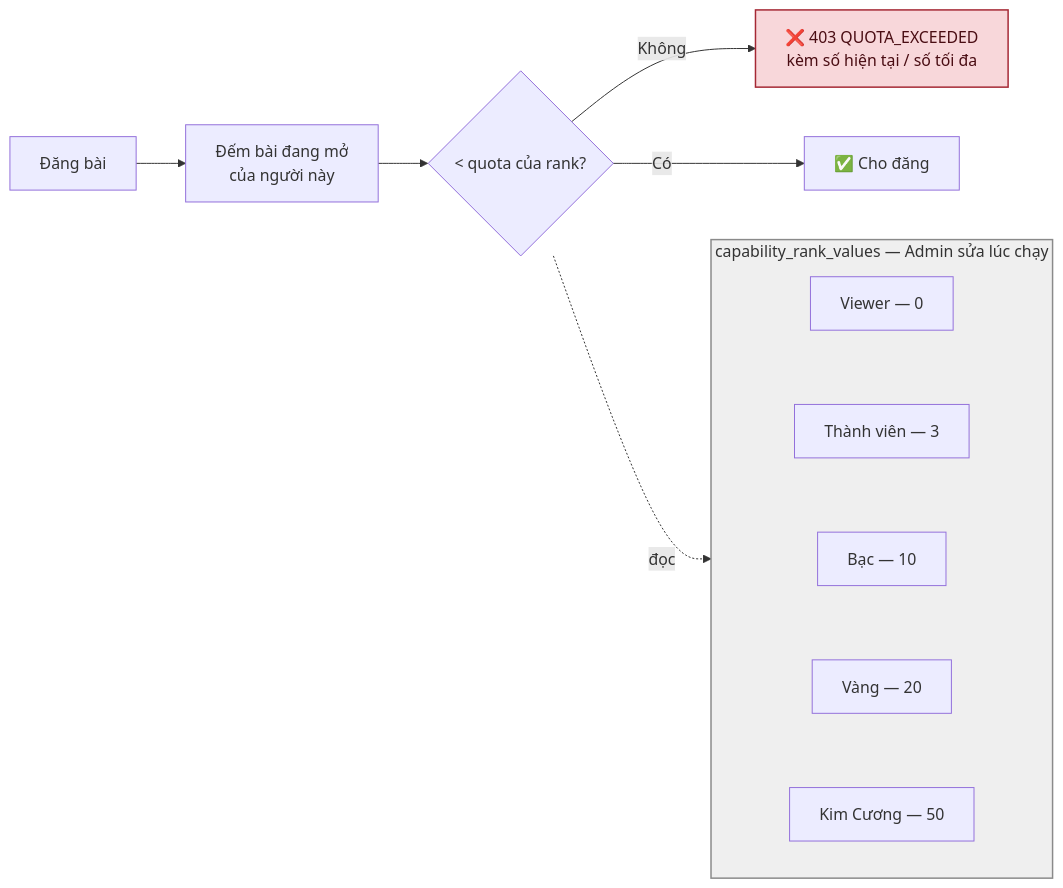
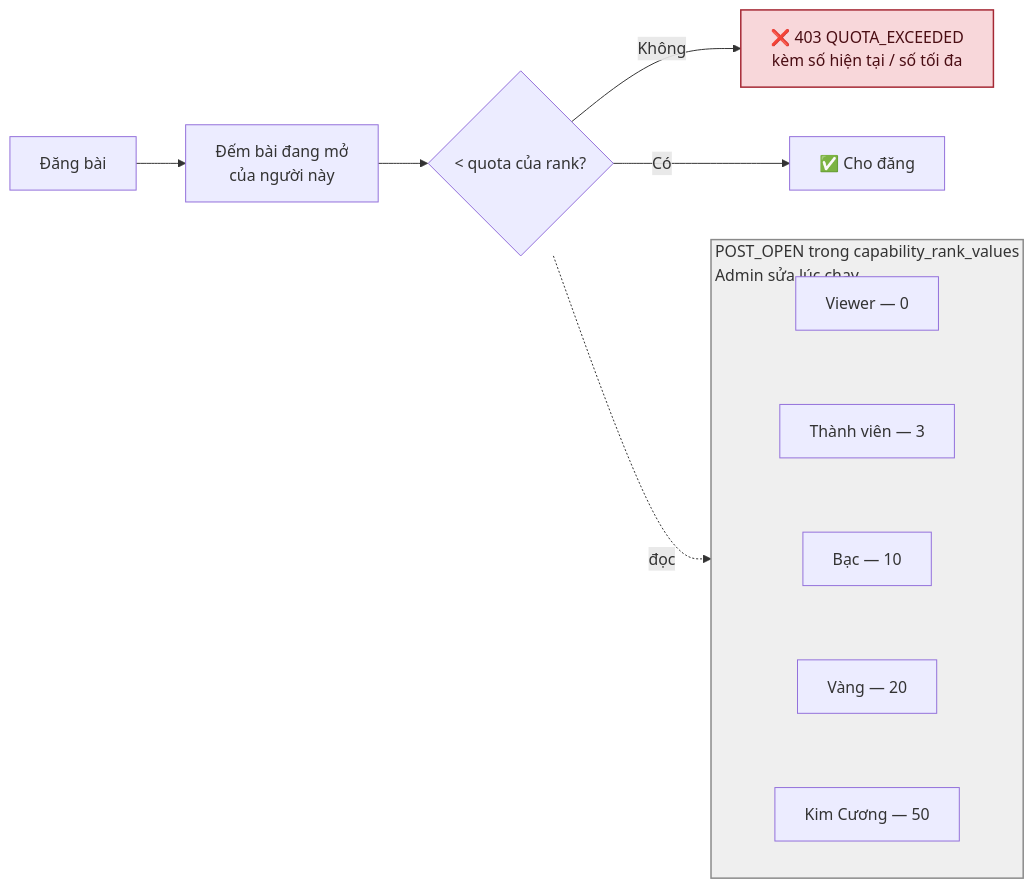
One commit to fdshn/trueheart changed the second of 7 diagrams in docs/diagram/04-post.md. Above: the diagram before and after it, drawn with Mermaid. The commit also changed other lines of this file and 16 other files, not shown here.

First line of the commit message:
refactor(post): gộp hai hạn mức đăng bài thành một POST_OPEN

````diff
--- a/docs/diagram/04-post.md
+++ b/docs/diagram/04-post.md
@@ -36,22 +36,22 @@
 ```mermaid
 flowchart LR
     A[Đăng bài] --> B["Đếm bài đang mở<br/>của người này"]
     B --> C{"< quota của rank?"}
     C -->|Không| D[❌ 403 QUOTA_EXCEEDED<br/>kèm số hiện tại / số tối đa]
     C -->|Có| E[✅ Cho đăng]
 
-    subgraph CauHinh["capability_rank_values — Admin sửa lúc chạy"]
+    subgraph CauHinh["POST_OPEN trong capability_rank_values<br/>Admin sửa lúc chạy"]
         R1["Viewer — 0"]
         R2["Thành viên — 3"]
         R3["Bạc — 10"]
         R4["Vàng — 20"]
         R5["Kim Cương — 50"]
         %% Nối vô hình để năm bậc xếp ĐÚNG THỨ TỰ; bỏ ra thì mermaid tự dàn và
         %% cái thang hiện lên lộn xộn.
         R1 ~~~ R2 ~~~ R3 ~~~ R4 ~~~ R5
     end
     C -.đọc.-> CauHinh
 
     style D fill:#f8d7da,stroke:#a52834,stroke-width:1.5px,color:#4a0d13
     style CauHinh fill:#8c8c8c24,stroke:#8a8a8a,stroke-width:1.5px
 ```
````
